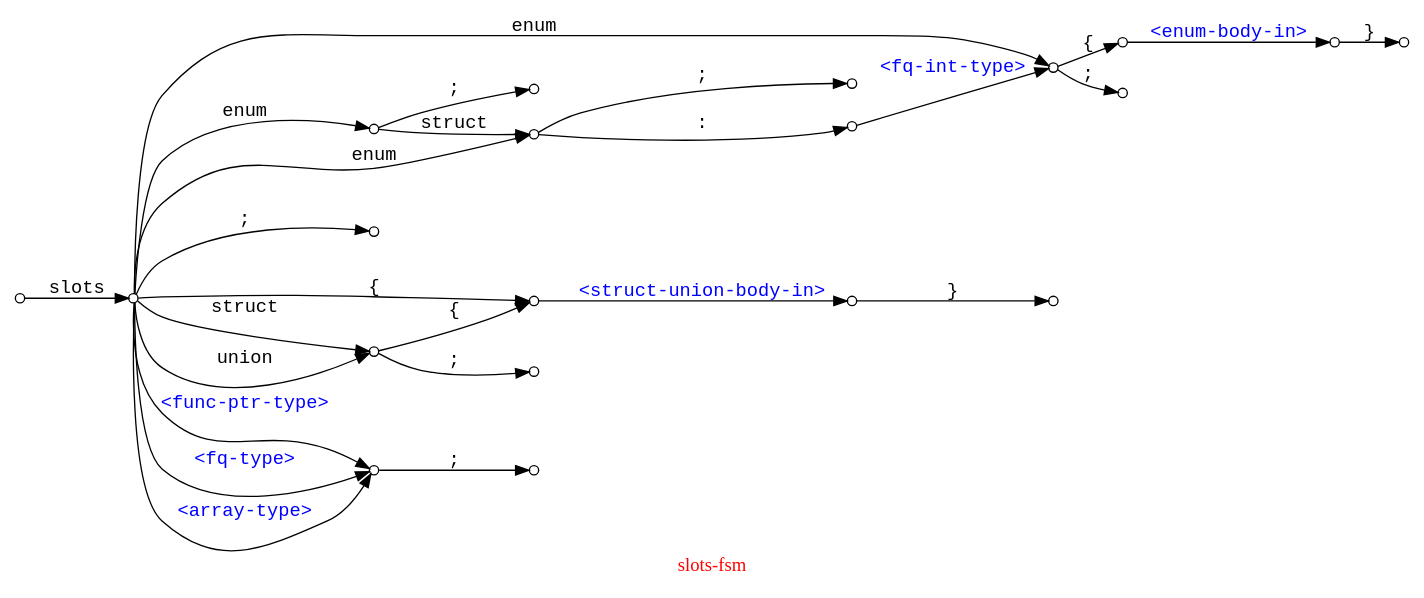
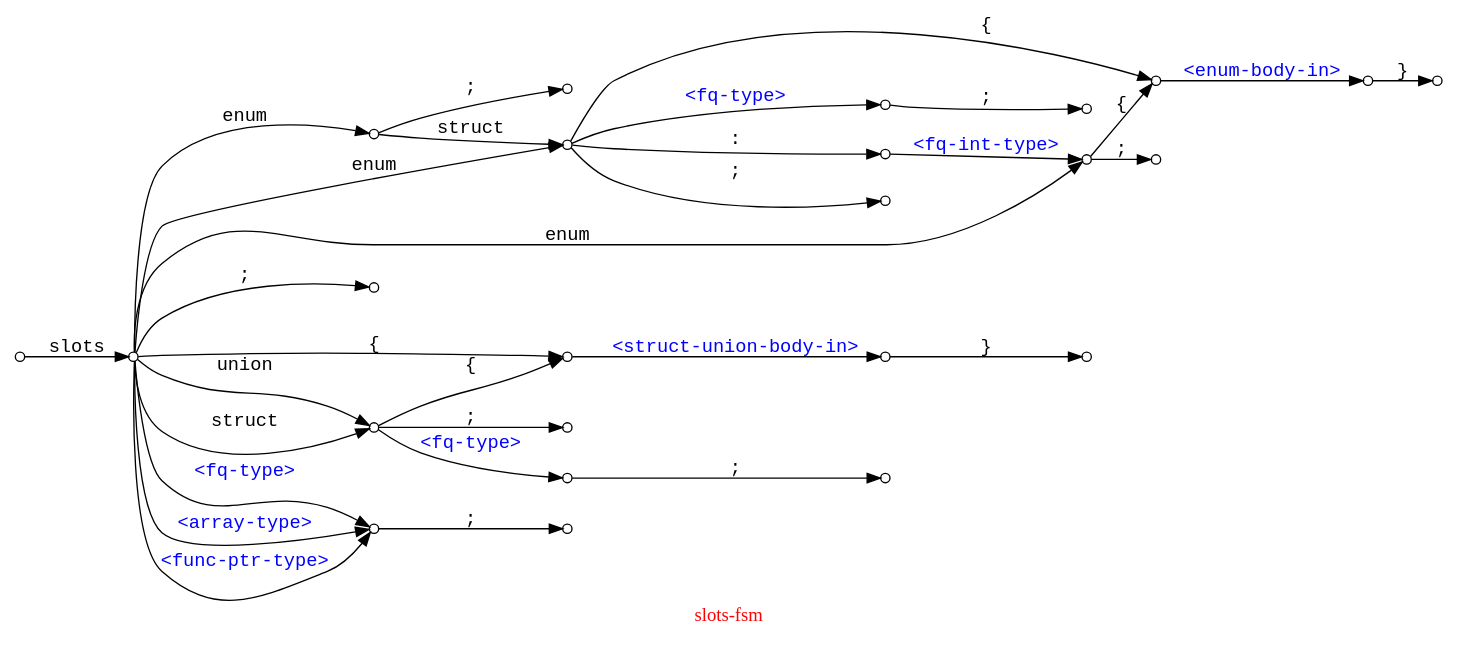
One commit to Ayyzee/dakota changed the diagram in slots-fsm.dot. Above: the diagram before and after it, drawn with Graphviz.

Commit message:
Added missing edges.

```diff
--- a/slots-fsm.dot
+++ b/slots-fsm.dot
@@ -1,79 +1,84 @@
 // -*- mode: c++ -*-
 
 // slots                  ;
 // slots               <> ;
 // slots                  { ... }
 
 // slots struct           ;
 // slots struct        <> ;
 // slots struct           { ... }
 
 // slots union            ;
 // slots union         <> ;
 // slots union            { ... }
 
 // slots enum             ;
 // slots enum          <> ;
 // slots enum             { ... }
 // slots enum        : <> ;
 // slots enum        : <> { ... }
 
 // slots enum struct      ;
 // slots enum struct   <> ;
 // slots enum struct      { ... }
 // slots enum struct : <> ;
 // slots enum struct : <> { ... }
 
 // slots <array-type>     ;
 // slots <func-ptr-type>  ;
 
 digraph "slots-fsm" {
   graph [ rankdir = LR, label = "\G", fontcolor = red ];
   edge [ fontname = "courier" ];
   node [ shape = circle, fontsize = 12, width = 0.3, fixedsize = true ];
   node [ label = "", width = 0.1 ];
 
   000 -> 010 [ label = "slots" ];
   010 -> 020 [ label = "enum" ];
   010 -> 030 [ label = "enum" ];
   010 -> 050 [ label = "enum" ];
   020 -> 030 [ label = "struct" ];
   010 -> 015 [ label = ";" ];
   020 -> 025 [ label = ";" ];
   030 -> 040 [ label = ":" ];
   030 -> 035 [ label = ";" ];
+  030 -> 060 [ label = "{" ];
+  030 -> 170 [ label = "<fq-type>", fontcolor = blue ];
+  170 -> 180 [ label = ";" ];
   040 -> 050 [ label = "<fq-int-type>", fontcolor = blue ];
   050 -> 060 [ label = "{" ];
   050 -> 055 [ label = ";" ];
   060 -> 070 [ label = "<enum-body-in>", fontcolor = blue ];
   070 -> 080 [ label = "}" ];
 
   010 -> 100 [ label = "union" ];
   010 -> 100 [ label = "struct" ];
   010 -> 110 [ label = "{" ];
   100 -> 110 [ label = "{" ];
   100 -> 105 [ label = ";" ];
+  100 -> 150 [ label = "<fq-type>", fontcolor = blue ];
+  150 -> 160 [ label = ";" ];
   110 -> 120 [ label = "<struct-union-body-in>", fontcolor = blue ];
   120 -> 130 [ label = "}" ];
 
   010 -> 140 [ label = "<fq-type>", fontcolor = blue ];
   010 -> 140 [ label = "<array-type>", fontcolor = blue ];
   010 -> 140 [ label = "<func-ptr-type>", fontcolor = blue ];
   140 -> 145 [ label = ";" ];
 
 //   subgraph {
 //     graph [ rank = same ];
 //     050;
 //     100;
 //     140;
 //   }
 //   subgraph {
 //     graph [ rank = same ];
 //     015;
 //     025;
 //     035;
 //     055;
 //     105;
 //     145;
 //   }
 }
```
